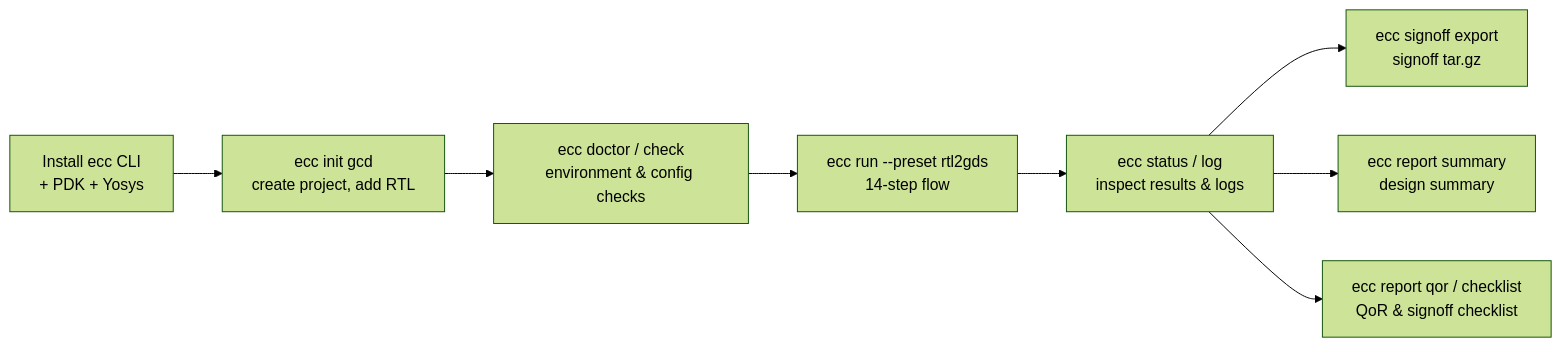
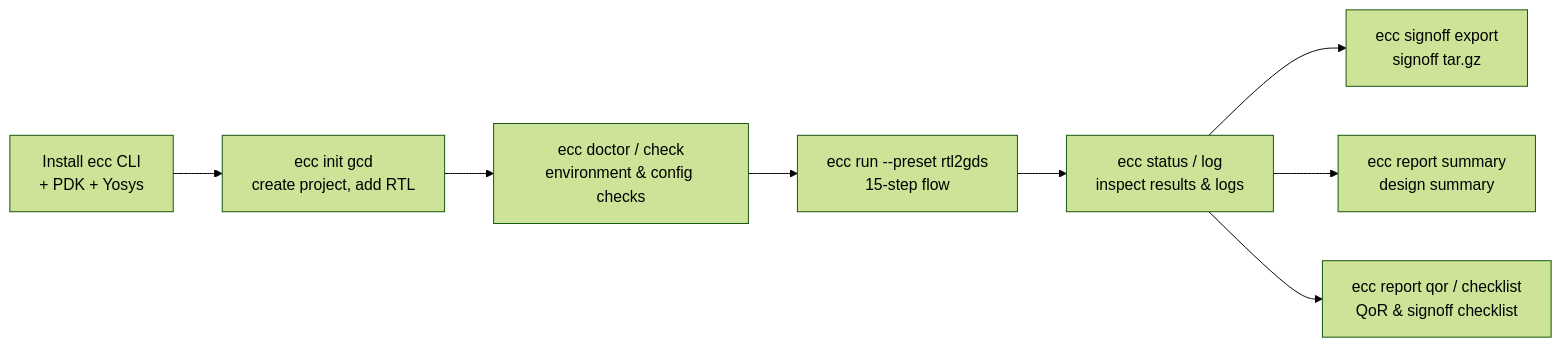
One commit to openecos-projects/ecc changed the first of 2 diagrams in docs/ecc-cli-tutorial.en.md. Above: the diagram before and after it, drawn with Mermaid (forest theme). The commit also changed other lines of this file and 18 other files, not shown here.

Commit message:
feat(flow): run synthesis LEC before physical flow

````diff
--- a/docs/ecc-cli-tutorial.en.md
+++ b/docs/ecc-cli-tutorial.en.md
@@ -15,10 +15,10 @@
 ```mermaid
 graph LR
     A[Install ecc CLI<br/>+ PDK + Yosys] --> B[ecc init gcd<br/>create project, add RTL]
     B --> C[ecc doctor / check<br/>environment & config checks]
-    C --> D[ecc run --preset rtl2gds<br/>14-step flow]
+    C --> D[ecc run --preset rtl2gds<br/>15-step flow]
     D --> E[ecc status / log<br/>inspect results & logs]
     E --> F[ecc signoff export<br/>signoff tar.gz]
     E --> G[ecc report summary<br/>design summary]
     E --> H[ecc report qor / checklist<br/>QoR & signoff checklist]
 ```
````
